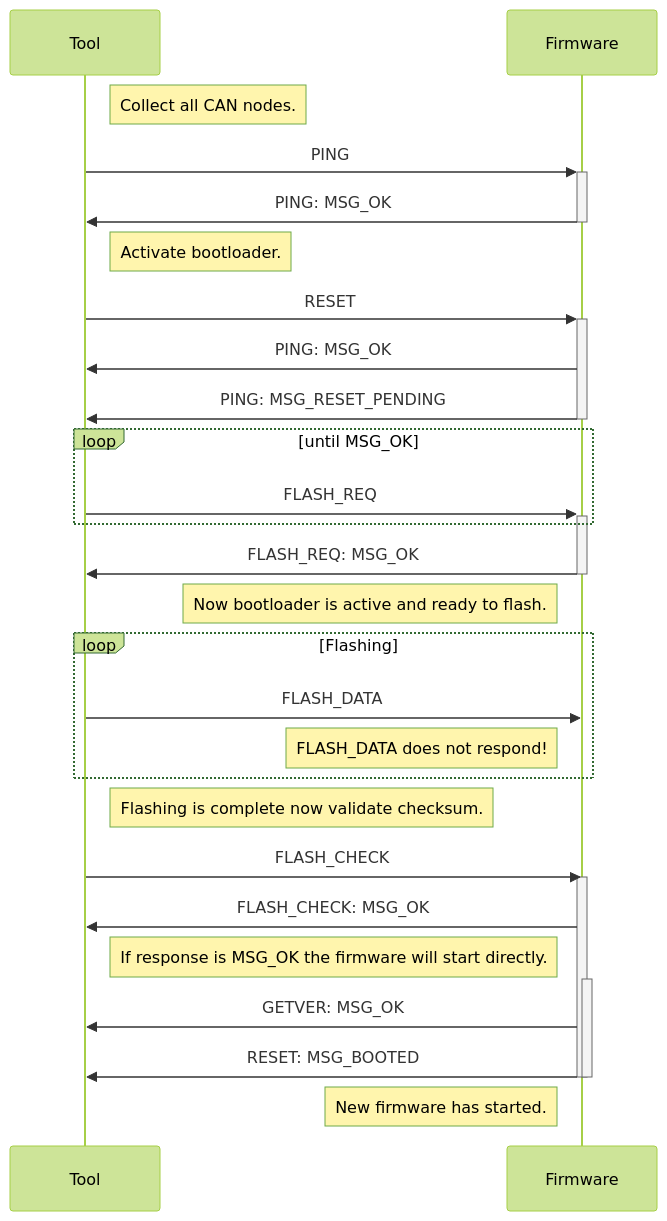
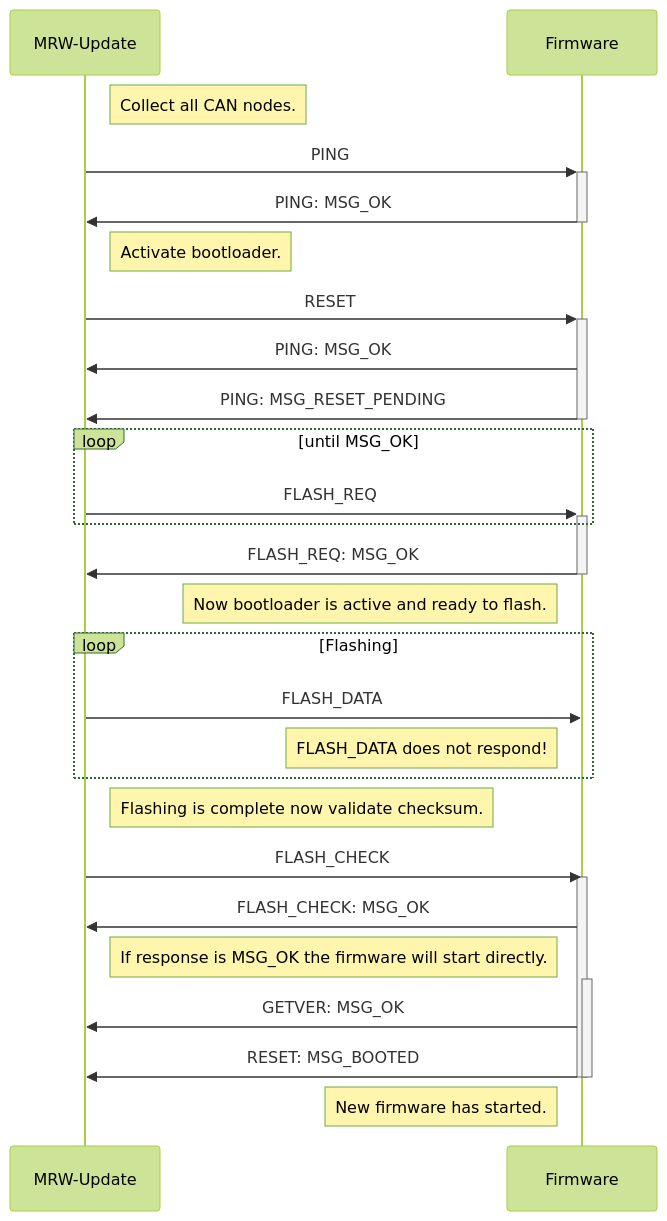
The diagram in fw-update/README.md (stmork/mrw-track-control-ng), drawn with Mermaid (forest theme) before and after one commit. The commit also changed 2 other files, not shown here.

Commit message:
Renamed participants.

````diff
--- a/fw-update/README.md
+++ b/fw-update/README.md
@@ -17,38 +17,38 @@
 ```mermaid
 sequenceDiagram
-	Participant T as Tool
+	Participant T as MRW-Update
 	Participant F as Firmware
 
 	Note right of T: Collect all CAN nodes.
 	T ->> +F: PING
 	F ->> -T: PING: MSG_OK
 
 	Note right of T: Activate bootloader.
 	T ->> +F: RESET
 	F ->>  T: PING: MSG_OK
 	F ->> -T: PING: MSG_RESET_PENDING
 	loop until MSG_OK
 		T ->> +F: FLASH_REQ
 	end
 	F ->> -T: FLASH_REQ: MSG_OK
 
 	Note left of F: Now bootloader is active and ready to flash.
 	loop Flashing
 		T ->> F: FLASH_DATA
 	Note left of F: FLASH_DATA does not respond!
 	end
 
 	Note right of T: Flashing is complete now validate checksum.
 	T ->> F: FLASH_CHECK
 	activate F
 
 	F ->> T: FLASH_CHECK: MSG_OK
 	Note left of F: If response is MSG_OK the firmware will start directly.
 	activate F
 
 	F ->> T: GETVER: MSG_OK
 	F ->> T: RESET: MSG_BOOTED
 	deactivate F
 	deactivate F
 	Note left of F: New firmware has started.
 ```
````
